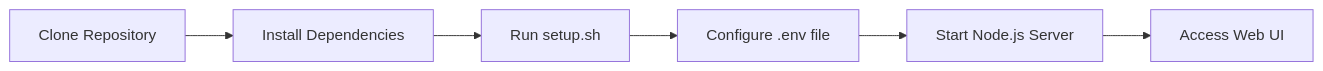
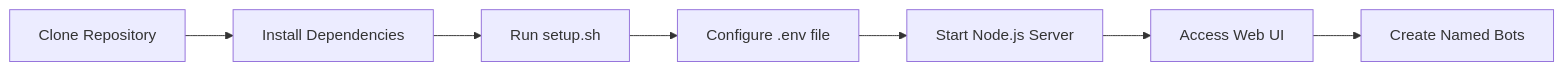
One commit to jaskaran-online/USA-VISA-Bot changed the fourth of 8 diagrams in docs/DOCUMENTATION.md. Above: the diagram before and after it, drawn with Mermaid. The commit also changed other lines of this file and 6 other files, not shown here.

````diff
--- a/docs/DOCUMENTATION.md
+++ b/docs/DOCUMENTATION.md
@@ -157,8 +187,9 @@
 ```mermaid
 flowchart LR
     A[Clone Repository] --> B[Install Dependencies]
     B --> C[Run setup.sh]
     C --> D[Configure .env file]
     D --> E[Start Node.js Server]
     E --> F[Access Web UI]
+    F --> G[Create Named Bots]
 ```
````
